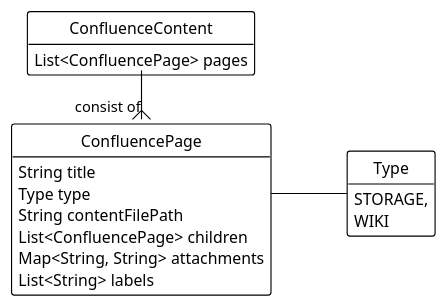
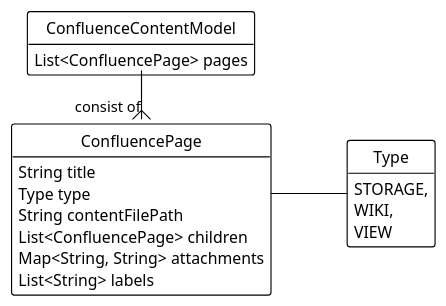
Before and after one commit to md2conf/md2conf: the diagram in docs/plantuml/confluence-content.puml, drawn with PlantUML. The commit also changed 17 other files, not shown here.

```diff
--- a/docs/plantuml/confluence-content.puml
+++ b/docs/plantuml/confluence-content.puml
@@ -1,32 +1,34 @@
 @startuml
 !theme plain
 
 left to right direction
 skinparam linetype ortho
 
 hide empty members
 hide circle
 
-class ConfluenceContent{
+
+class ConfluenceContentModel{
 List<ConfluencePage> pages
 }
 
 class ConfluencePage {
     String title
     Type type
     String contentFilePath
     List<ConfluencePage> children
     Map<String, String> attachments
     List<String> labels
 }
 
-ConfluenceContent::pages-{ConfluencePage: consist of
+ConfluenceContentModel::pages-{ConfluencePage: consist of
 
 ConfluencePage::type--Type
 enum Type{
 STORAGE,
-WIKI
+WIKI,
+VIEW
 }
 
 
 @enduml
```
